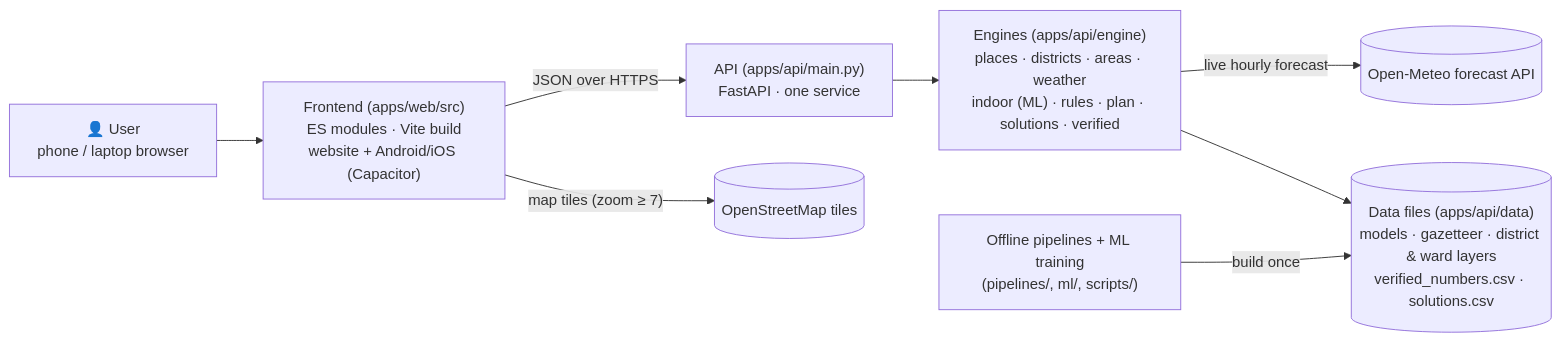
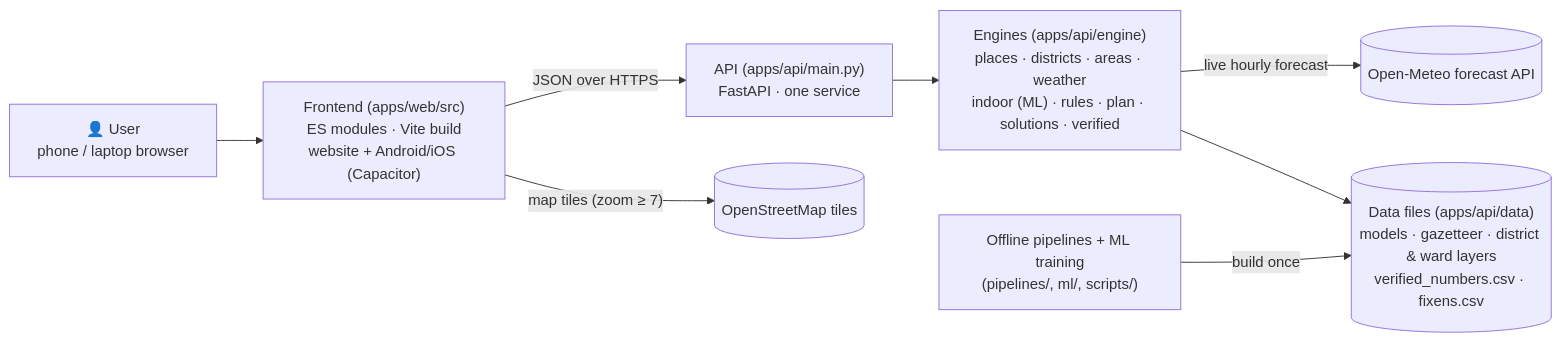
One commit to VanshikaSingh277/garmi-check-india changed the first of 10 diagrams in docs/ARCHITECTURE.md. Above: the diagram before and after it, drawn with Mermaid. The commit also changed other lines of this file and 12 other files, not shown here.

````diff
--- a/docs/ARCHITECTURE.md
+++ b/docs/ARCHITECTURE.md
@@ -38,10 +38,10 @@
 ```mermaid
 flowchart LR
   U["👤 User<br/>phone / laptop browser"] --> W["Frontend (apps/web/src)<br/>ES modules · Vite build<br/>website + Android/iOS (Capacitor)"]
   W -- "JSON over HTTPS" --> A["API (apps/api/main.py)<br/>FastAPI · one service"]
   W -- "map tiles (zoom ≥ 7)" --> OSM[("OpenStreetMap tiles")]
   A --> E["Engines (apps/api/engine)<br/>places · districts · areas · weather<br/>indoor (ML) · rules · plan · solutions · verified"]
   E -- "live hourly forecast" --> OM[("Open-Meteo forecast API")]
-  E --> D[("Data files (apps/api/data)<br/>models · gazetteer · district & ward layers<br/>verified_numbers.csv · solutions.csv")]
+  E --> D[("Data files (apps/api/data)<br/>models · gazetteer · district & ward layers<br/>verified_numbers.csv · fixens.csv")]
   P["Offline pipelines + ML training<br/>(pipelines/, ml/, scripts/)"] -- "build once" --> D
 ```
````
